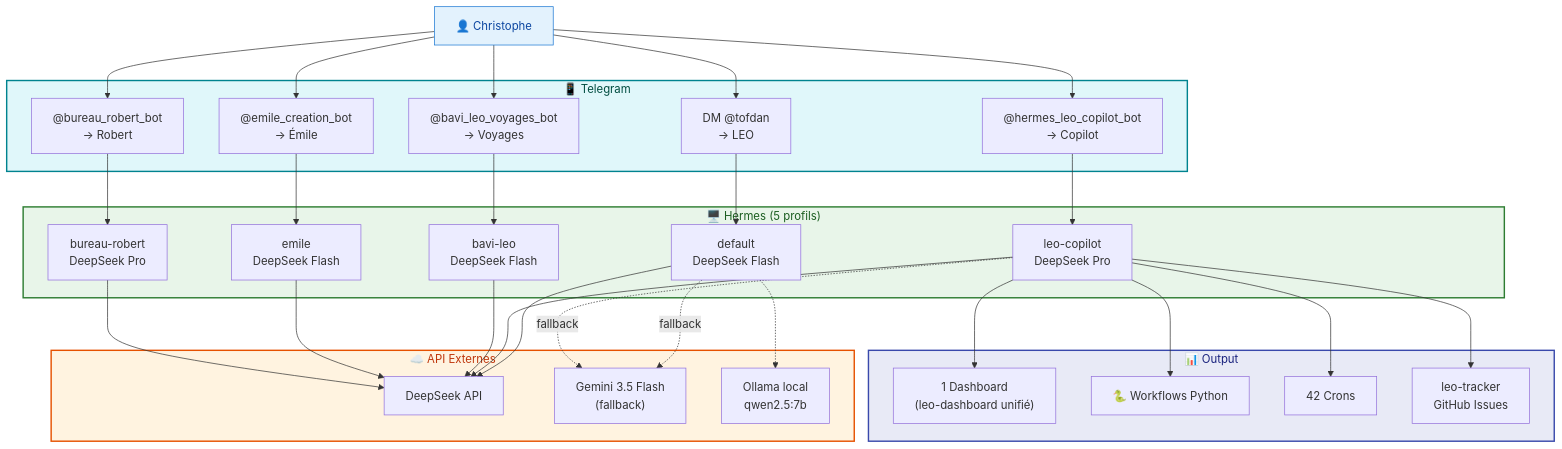
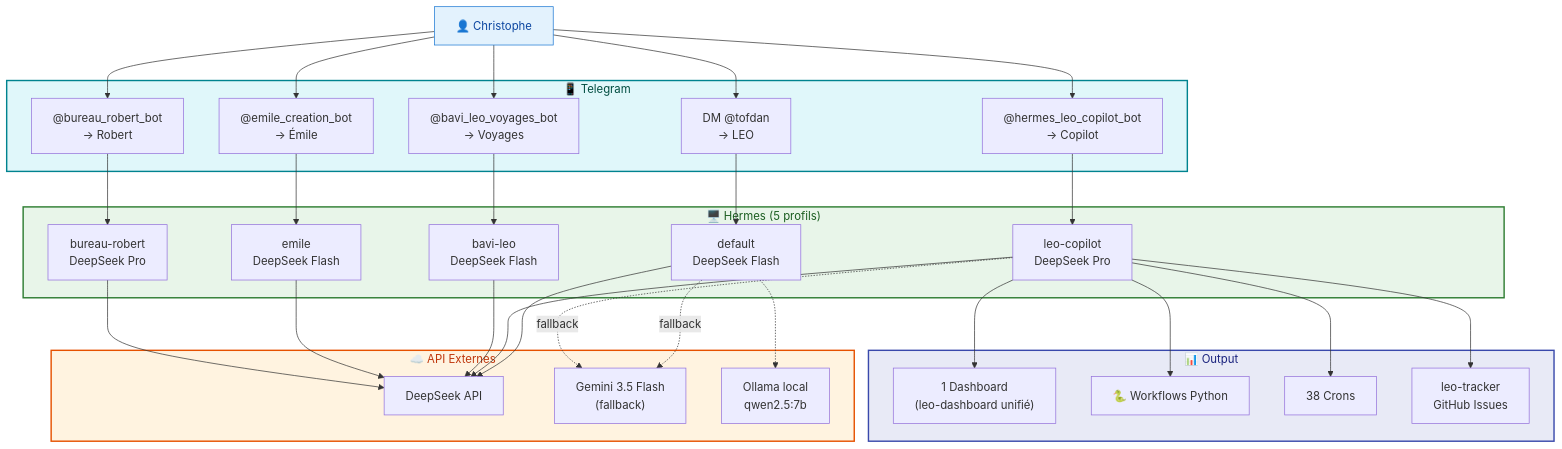
One commit to christophedanhier-hash/hermes-wiki changed the fifth of 5 diagrams in docs/hermes/architecture-communication.md. Above: the diagram before and after it, drawn with Mermaid. The commit also changed other lines of this file and 4 other files, not shown here.

````diff
--- a/docs/hermes/architecture-communication.md
+++ b/docs/hermes/architecture-communication.md
@@ -209,66 +209,66 @@
 ```mermaid
 flowchart TB
     User["👤 Christophe"]
 
     subgraph TELEGRAM["📱 Telegram"]
         DM["DM @tofdan<br/>→ LEO"]
         COP["@hermes_leo_copilot_bot<br/>→ Copilot"]
         VOY["@bavi_leo_voyages_bot<br/>→ Voyages"]
         EMI["@emile_creation_bot<br/>→ Émile"]
         ROB["@bureau_robert_bot<br/>→ Robert"]
     end
 
     subgraph HERMES["🖥️ Hermes (5 profils)"]
         DEF["default<br/>DeepSeek Flash"]
         LCP["leo-copilot<br/>DeepSeek Pro"]
         BAV["bavi-leo<br/>DeepSeek Flash"]
         EMILE["emile<br/>DeepSeek Flash"]
         BUR["bureau-robert<br/>DeepSeek Pro"]
     end
 
     subgraph API["☁️ API Externes"]
         DS["DeepSeek API"]
         GEM["Gemini 3.5 Flash<br/>(fallback)"]
         OLL["Ollama local<br/>qwen2.5:7b"]
     end
 
     subgraph OUTPUT["📊 Output"]
         DASH["1 Dashboard<br/>(leo-dashboard unifié)"]
         WFL["🐍 Workflows Python"]
-        CRON["42 Crons"]
+        CRON["38 Crons"]
         ISSUES["leo-tracker<br/>GitHub Issues"]
     end
 
     User --> DM
     User --> COP
     User --> VOY
     User --> EMI
     User --> ROB
 
     DM --> DEF
     COP --> LCP
     VOY --> BAV
     EMI --> EMILE
     ROB --> BUR
 
     DEF --> DS
     LCP --> DS
     BAV --> DS
     EMILE --> DS
     BUR --> DS
 
     DEF -.->|"fallback"| GEM
     DEF -.-> OLL
     LCP -.->|"fallback"| GEM
 
     LCP --> DASH
     LCP --> WFL
     LCP --> CRON
     LCP --> ISSUES
 
     style User fill:#e3f2fd,stroke:#1976d2,color:#0d47a1
     style TELEGRAM fill:#e0f7fa,stroke:#00838f,stroke-width:2px,color:#004d40
     style HERMES fill:#e8f5e9,stroke:#2e7d32,stroke-width:2px,color:#1b5e20
     style API fill:#fff3e0,stroke:#e65100,stroke-width:2px,color:#bf360c
     style OUTPUT fill:#e8eaf6,stroke:#3949ab,stroke-width:2px,color:#1a237e
 ```
````
